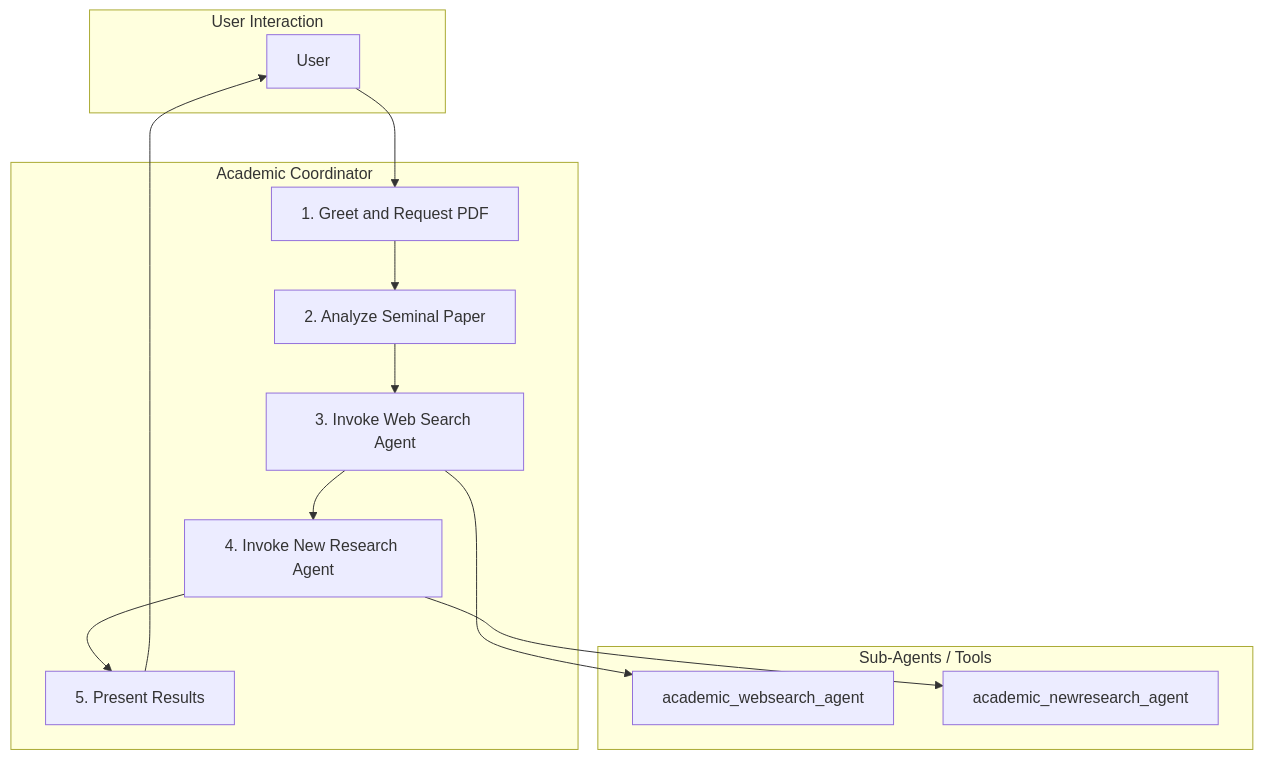
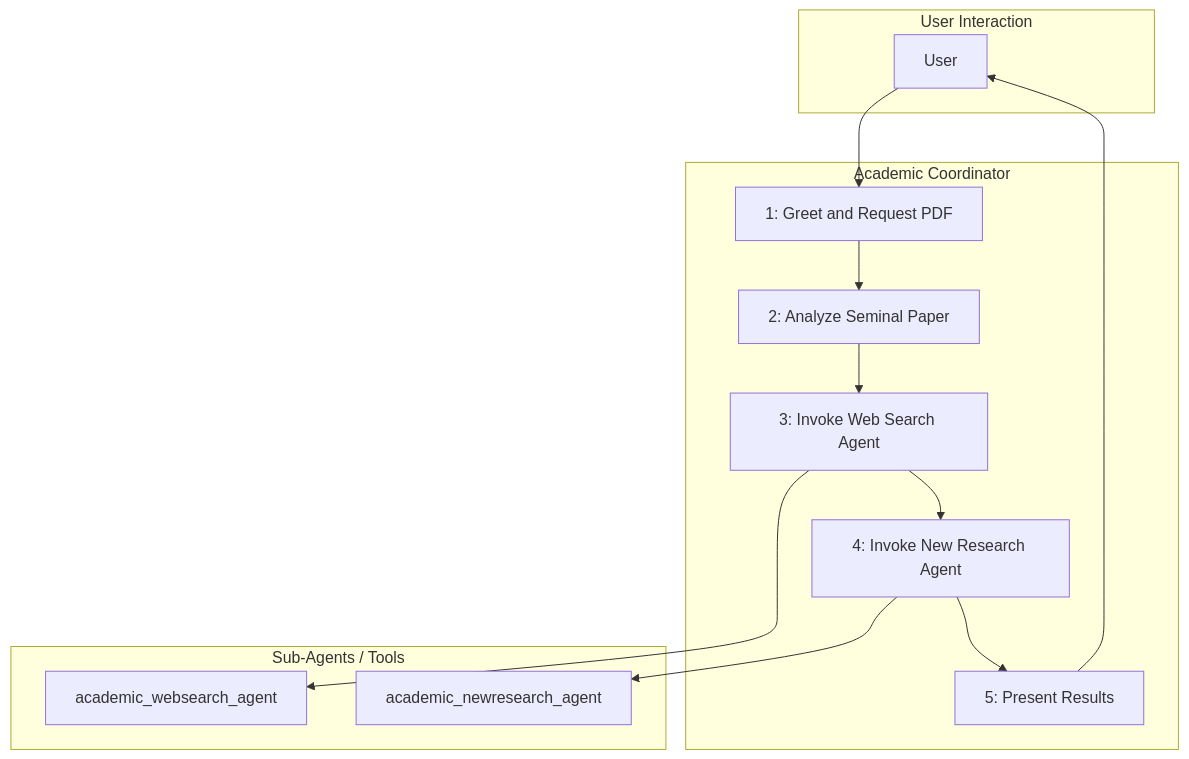
Before and after one commit to joeshirey/adk-samples-arch: the diagram in arch_docs/python/agents/academic-research/architecture.md, drawn with Mermaid.

Commit message:
fix mermaid diagram

````diff
--- a/arch_docs/python/agents/academic-research/architecture.md
+++ b/arch_docs/python/agents/academic-research/architecture.md
@@ -30,23 +30,28 @@
 ```mermaid
 graph TD
     subgraph User Interaction
         User
     end
 
     subgraph "Academic Coordinator"
-        A[1. Greet and Request PDF] --> B[2. Analyze Seminal Paper]
-        B --> C[3. Invoke Web Search Agent]
-        C --> D[4. Invoke New Research Agent]
-        D --> E[5. Present Results]
+        A["1: Greet and Request PDF"]
+        B["2: Analyze Seminal Paper"]
+        C["3: Invoke Web Search Agent"]
+        D["4: Invoke New Research Agent"]
+        E["5: Present Results"]
     end
 
     subgraph "Sub-Agents / Tools"
         F[academic_websearch_agent]
         G[academic_newresearch_agent]
     end
 
     User --> A
+    A --> B
+    B --> C
     C --> F
+    C --> D
     D --> G
+    D --> E
     E --> User
 ```
````
